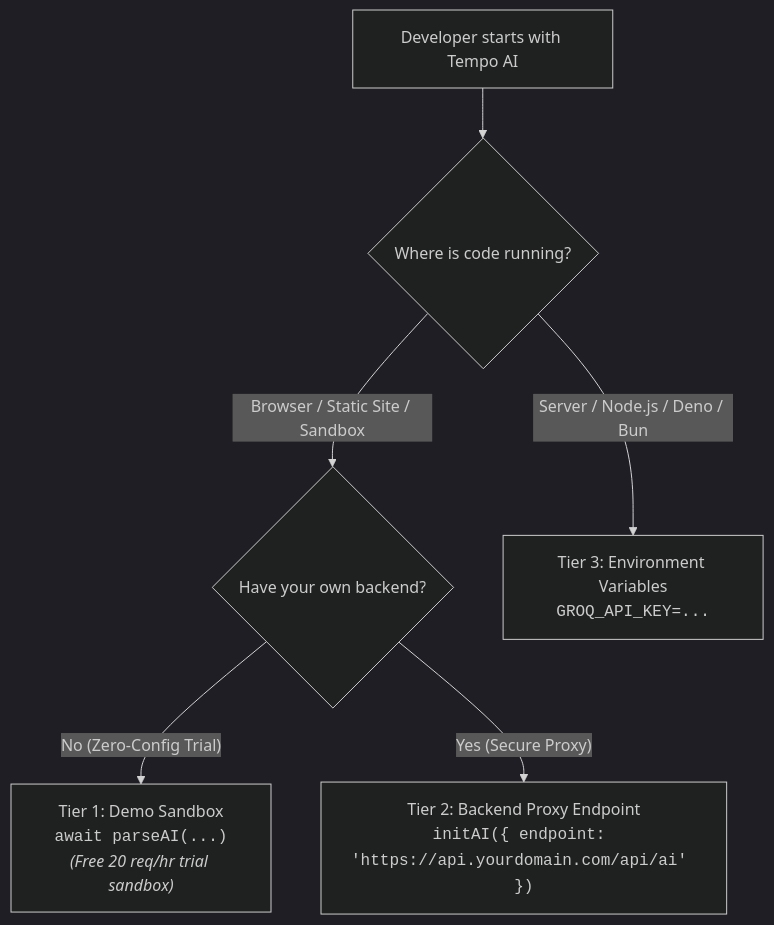
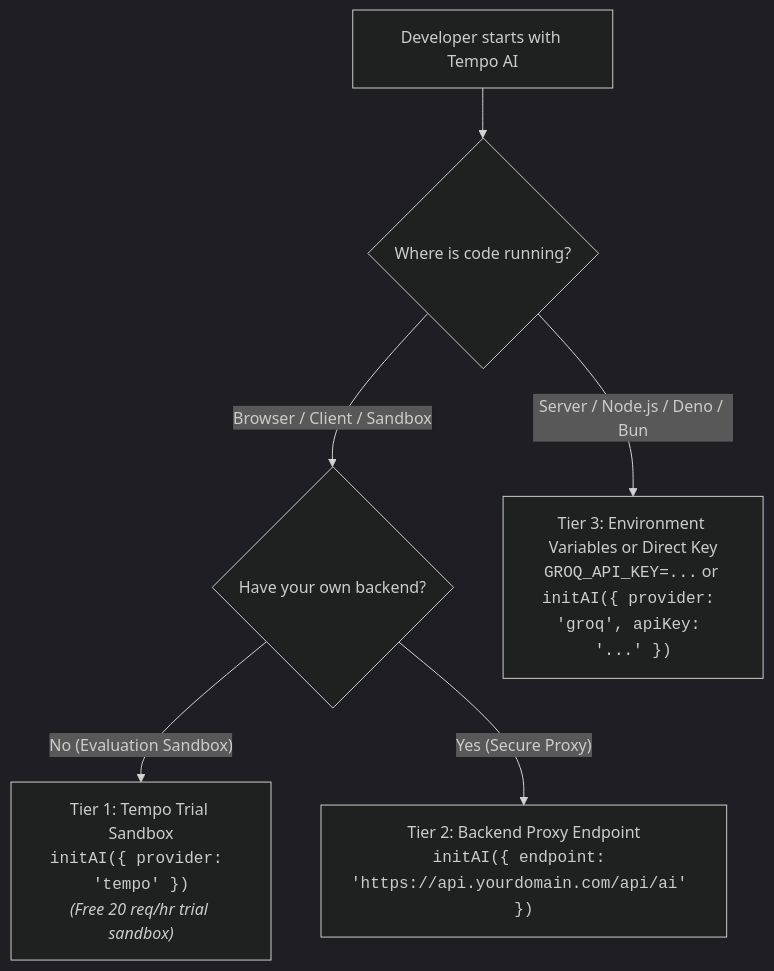
The diagram in packages/plugins/ai/doc/onboarding.md (magmacomputing/magma), drawn with Mermaid (dark theme) before and after one commit. The commit also changed other lines of this file and 13 other files, not shown here.

Commit message:
enable Tempo-AI provider

````diff
--- a/packages/plugins/ai/doc/onboarding.md
+++ b/packages/plugins/ai/doc/onboarding.md
@@ -13,8 +13,8 @@
 ```mermaid
 flowchart TD
     Start["Developer starts with Tempo AI"] --> Q1{"Where is code running?"}
-    Q1 -- "Browser / Static Site / Sandbox" --> Q2{"Have your own backend?"}
-    Q1 -- "Server / Node.js / Deno / Bun" --> S1["Tier 3: Environment Variables<br/><code>GROQ_API_KEY=...</code>"]
-    Q2 -- "No (Zero-Config Trial)" --> T1["Tier 1: Demo Sandbox<br/><code>await parseAI(...)</code><br/><i>(Free 20 req/hr trial sandbox)</i>"]
+    Q1 -- "Browser / Client / Sandbox" --> Q2{"Have your own backend?"}
+    Q1 -- "Server / Node.js / Deno / Bun" --> S1["Tier 3: Environment Variables or Direct Key<br/><code>GROQ_API_KEY=...</code> or <code>initAI({ provider: 'groq', apiKey: '...' })</code>"]
+    Q2 -- "No (Evaluation Sandbox)" --> T1["Tier 1: Tempo Trial Sandbox<br/><code>initAI({ provider: 'tempo' })</code><br/><i>(Free 20 req/hr trial sandbox)</i>"]
     Q2 -- "Yes (Secure Proxy)" --> T2["Tier 2: Backend Proxy Endpoint<br/><code>initAI({ endpoint: 'https://api.yourdomain.com/api/ai' })</code>"]
 ```
````
